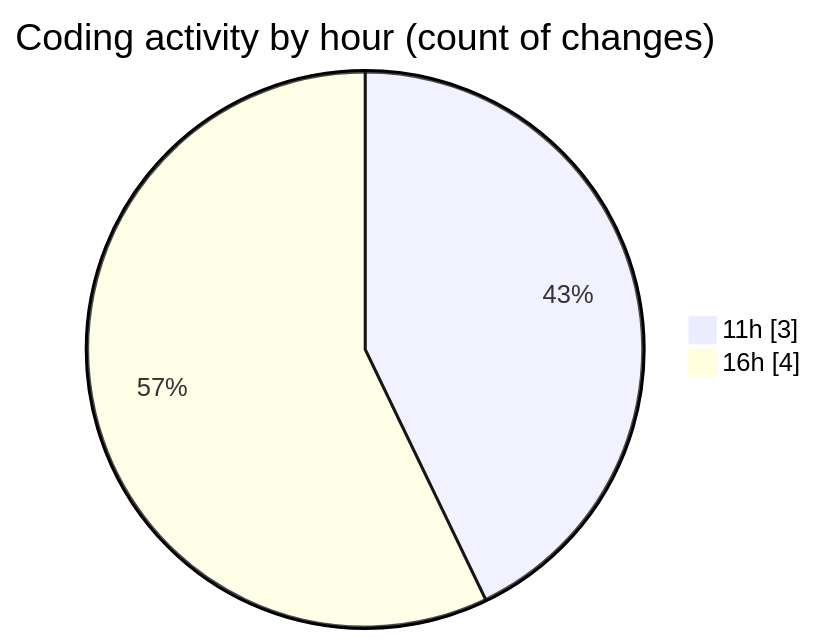
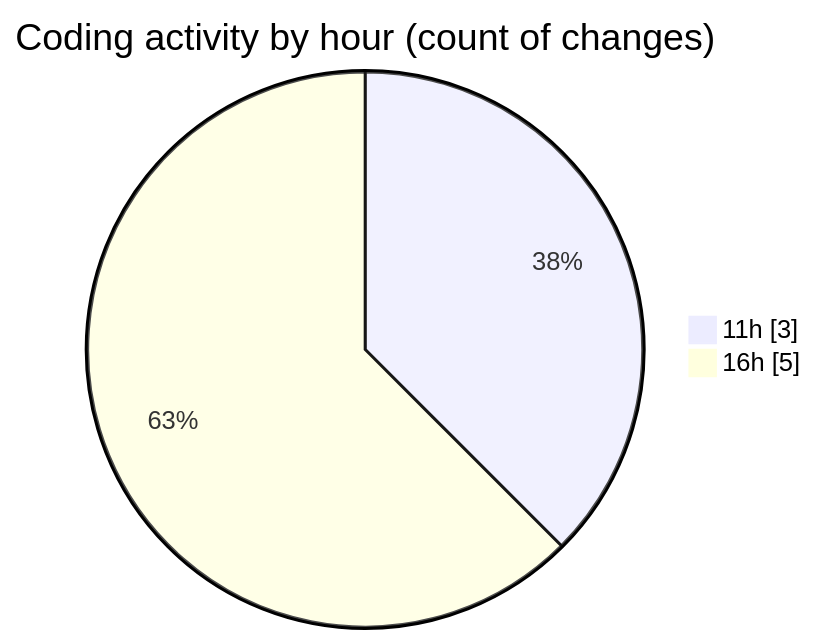
Before and after one commit to vahidmafi/code-tracking: the second of 2 diagrams in 2025-12-10/www/README.md, drawn with Mermaid. The commit also changed other lines of this file and 1 other file, not shown here.

````diff
--- a/2025-12-10/www/README.md
+++ b/2025-12-10/www/README.md
@@ -28,6 +28,6 @@
 ```mermaid
 pie showData
 title Coding activity by hour (count of changes)
 "11h" : 3
-"16h" : 4
+"16h" : 5
 ```
````
